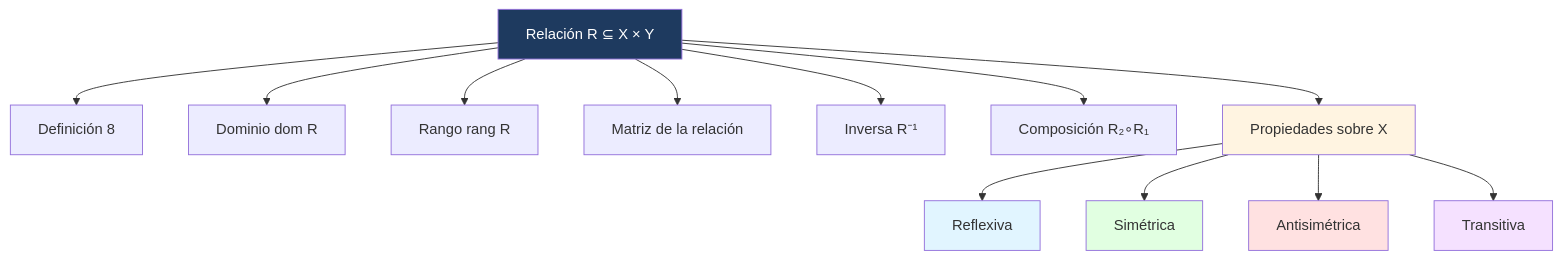
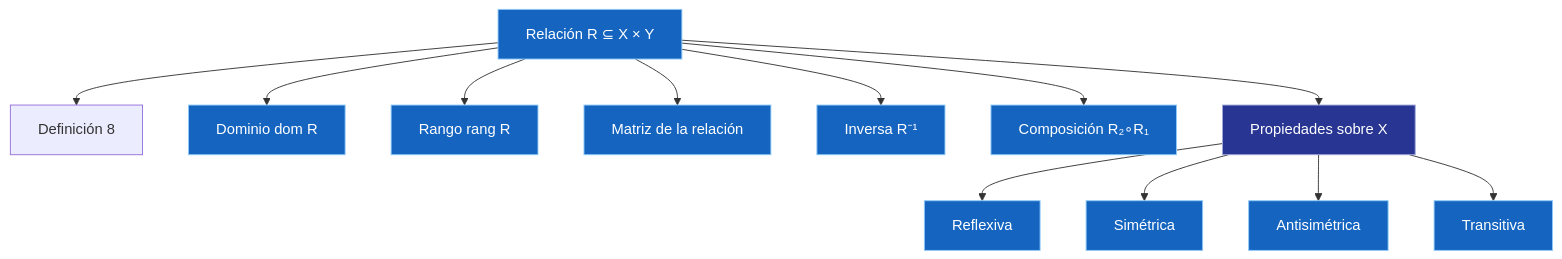
The diagram in src/site/notes/Universidad/3er Semestre/Matemáticas Discretas/Unidad 2 - Funciones y Relaciones/02 - Relaciones.md (Fsteven22/Notas-ESPOL), drawn with Mermaid before and after one commit. The commit also changed other lines of this file and 79 other files, not shown here.

````diff
--- a/src/site/notes/Universidad/3er Semestre/Matemáticas Discretas/Unidad 2 - Funciones y Relaciones/02 - Relaciones.md
+++ b/src/site/notes/Universidad/3er Semestre/Matemáticas Discretas/Unidad 2 - Funciones y Relaciones/02 - Relaciones.md
@@ -388,21 +329,26 @@
 ```mermaid
 graph TD
     A[Relación R ⊆ X × Y] --> B[Definición 8]
     A --> C[Dominio dom R]
     A --> D[Rango rang R]
     A --> E[Matriz de la relación]
     A --> F[Inversa R⁻¹]
     A --> G[Composición R₂∘R₁]
     A --> H[Propiedades sobre X]
     H --> H1[Reflexiva]
     H --> H2[Simétrica]
     H --> H3[Antisimétrica]
     H --> H4[Transitiva]
+    style A fill:#1565C0,color:#FFFFFF,stroke:#90CAF9,stroke-width:1px
+    style C fill:#1565C0,color:#FFFFFF,stroke:#90CAF9,stroke-width:1px
+    style D fill:#1565C0,color:#FFFFFF,stroke:#90CAF9,stroke-width:1px
+    style E fill:#1565C0,color:#FFFFFF,stroke:#90CAF9,stroke-width:1px
+    style F fill:#1565C0,color:#FFFFFF,stroke:#90CAF9,stroke-width:1px
+    style G fill:#1565C0,color:#FFFFFF,stroke:#90CAF9,stroke-width:1px
+    style H fill:#283593,color:#FFFFFF,stroke:#9FA8DA,stroke-width:1px
+    style H1 fill:#1565C0,color:#FFFFFF,stroke:#90CAF9,stroke-width:1px
+    style H2 fill:#1565C0,color:#FFFFFF,stroke:#90CAF9,stroke-width:1px
+    style H3 fill:#1565C0,color:#FFFFFF,stroke:#90CAF9,stroke-width:1px
+    style H4 fill:#1565C0,color:#FFFFFF,stroke:#90CAF9,stroke-width:1px
 
-    style A fill:#1e3a5f,color:#fff
-    style H fill:#fff4e1
-    style H1 fill:#e1f5ff
-    style H2 fill:#e1ffe1
-    style H3 fill:#ffe1e1
-    style H4 fill:#f5e1ff
 ```
````
